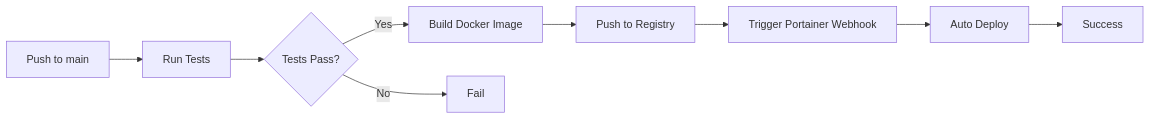
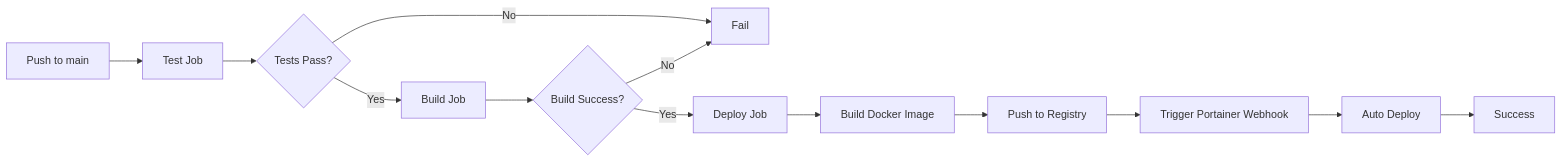
The diagram in docs/CI_DOCKER_SETUP.md (gdgeek/domain-config-hub), drawn with Mermaid before and after one commit. The commit also changed other lines of this file and 1 other file, not shown here.

First line of the commit message:
refactor: 重构 CI 工作流，分离 test、build、deploy 三个阶段

````diff
--- a/docs/CI_DOCKER_SETUP.md
+++ b/docs/CI_DOCKER_SETUP.md
@@ -76,11 +81,15 @@
 ```mermaid
 graph LR
-    A[Push to main] --> B[Run Tests]
+    A[Push to main] --> B[Test Job]
     B --> C{Tests Pass?}
-    C -->|Yes| D[Build Docker Image]
+    C -->|Yes| D[Build Job]
     C -->|No| E[Fail]
-    D --> F[Push to Registry]
-    F --> G[Trigger Portainer Webhook]
-    G --> H[Auto Deploy]
-    H --> I[Success]
+    D --> F{Build Success?}
+    F -->|Yes| G[Deploy Job]
+    F -->|No| E
+    G --> H[Build Docker Image]
+    H --> I[Push to Registry]
+    I --> J[Trigger Portainer Webhook]
+    J --> K[Auto Deploy]
+    K --> L[Success]
 ```
````
